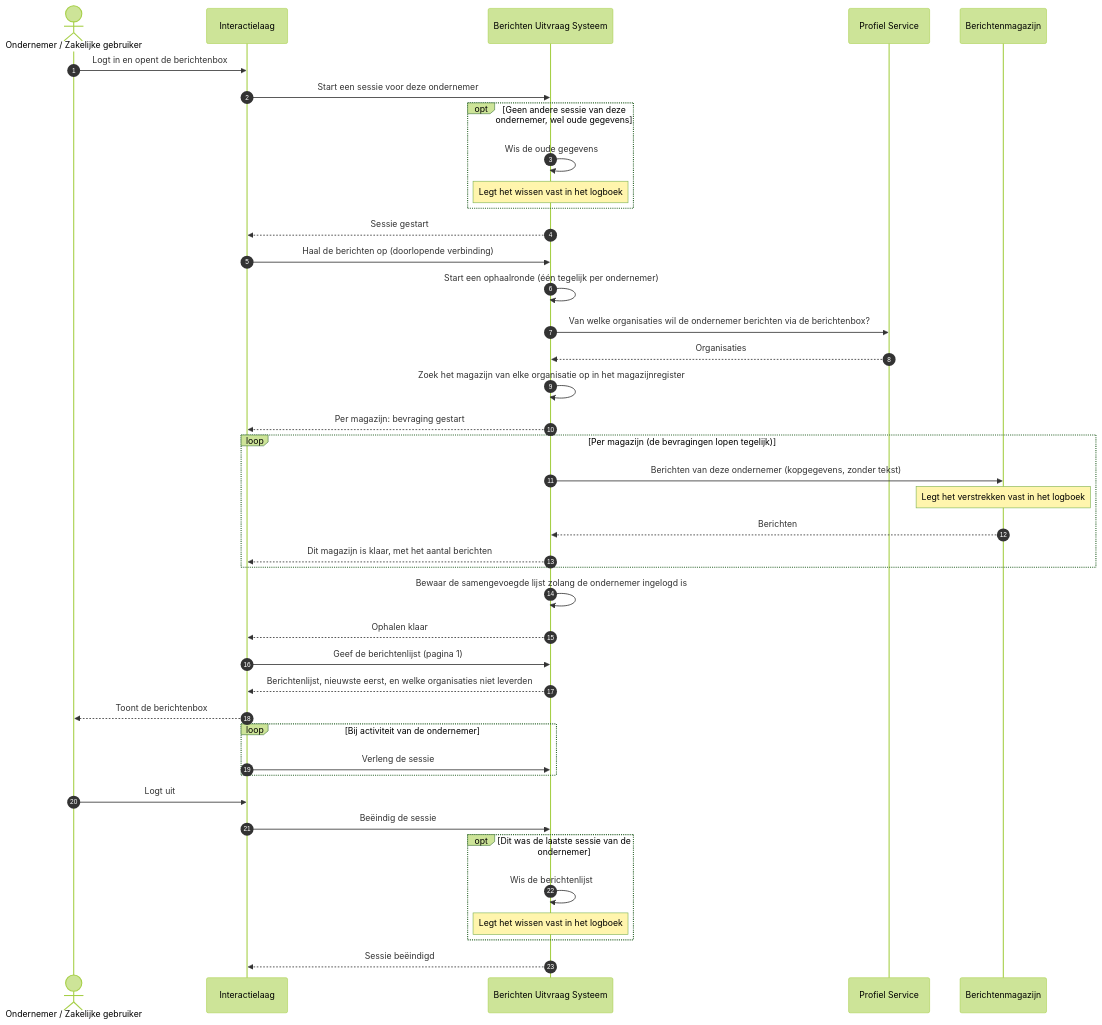
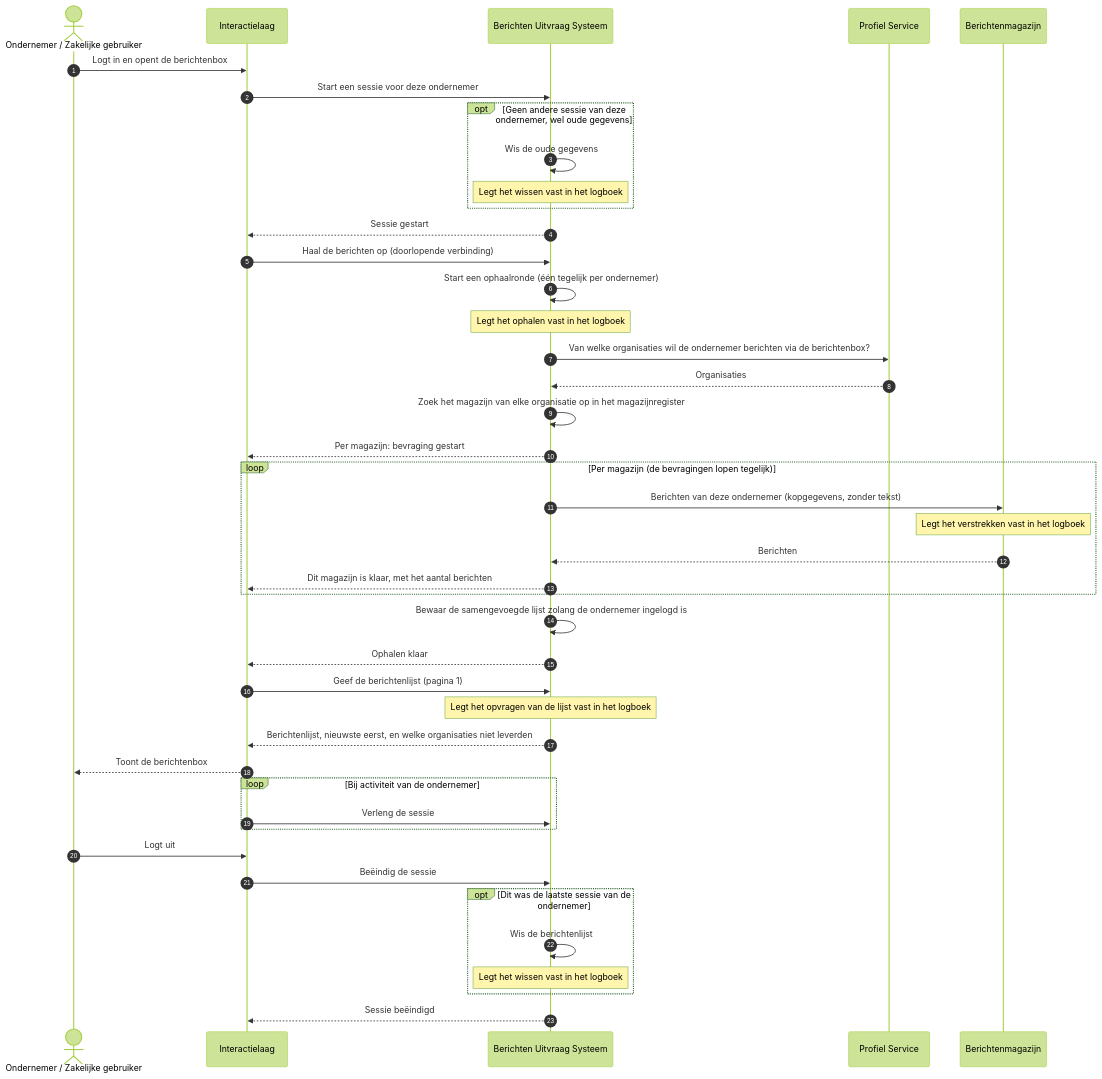
The diagram in docs/architecture/workspace-docs/06-uc2-berichtenbox-openen.md (MinBZK/moza-poc-fbs-berichtenbox), drawn with Mermaid (forest theme) before and after one commit. The commit also changed 10 other files, not shown here.

First line of the commit message:
fix: reviewronde 3, zoeken op een stopwoord toont alles en de guard volgt Mermaid en Structurizr

````diff
--- a/docs/architecture/workspace-docs/06-uc2-berichtenbox-openen.md
+++ b/docs/architecture/workspace-docs/06-uc2-berichtenbox-openen.md
@@ -34,47 +34,49 @@
 ```mermaid
 sequenceDiagram
     autonumber
     actor OND as Ondernemer / Zakelijke gebruiker
     participant IL as Interactielaag
     participant FBS as Berichten Uitvraag Systeem
     participant PRO as Profiel Service
     participant MAG as Berichtenmagazijn
 
     OND->>IL: Logt in en opent de berichtenbox
     IL->>FBS: Start een sessie voor deze ondernemer
     opt Geen andere sessie van deze ondernemer, wel oude gegevens
         FBS->>FBS: Wis de oude gegevens
         Note over FBS: Legt het wissen vast in het logboek
     end
     FBS-->>IL: Sessie gestart
 
     IL->>FBS: Haal de berichten op (doorlopende verbinding)
     FBS->>FBS: Start een ophaalronde (één tegelijk per ondernemer)
+    Note over FBS: Legt het ophalen vast in het logboek
     FBS->>PRO: Van welke organisaties wil de ondernemer berichten via de berichtenbox?
     PRO-->>FBS: Organisaties
     FBS->>FBS: Zoek het magazijn van elke organisatie op in het magazijnregister
     FBS-->>IL: Per magazijn: bevraging gestart
     loop Per magazijn (de bevragingen lopen tegelijk)
         FBS->>MAG: Berichten van deze ondernemer (kopgegevens, zonder tekst)
         Note over MAG: Legt het verstrekken vast in het logboek
         MAG-->>FBS: Berichten
         FBS-->>IL: Dit magazijn is klaar, met het aantal berichten
     end
     FBS->>FBS: Bewaar de samengevoegde lijst zolang de ondernemer ingelogd is
     FBS-->>IL: Ophalen klaar
 
     IL->>FBS: Geef de berichtenlijst (pagina 1)
+    Note over FBS: Legt het opvragen van de lijst vast in het logboek
     FBS-->>IL: Berichtenlijst, nieuwste eerst, en welke organisaties niet leverden
     IL-->>OND: Toont de berichtenbox
 
     loop Bij activiteit van de ondernemer
         IL->>FBS: Verleng de sessie
     end
     OND->>IL: Logt uit
     IL->>FBS: Beëindig de sessie
     opt Dit was de laatste sessie van de ondernemer
         FBS->>FBS: Wis de berichtenlijst
         Note over FBS: Legt het wissen vast in het logboek
     end
     FBS-->>IL: Sessie beëindigd
 ```
````
